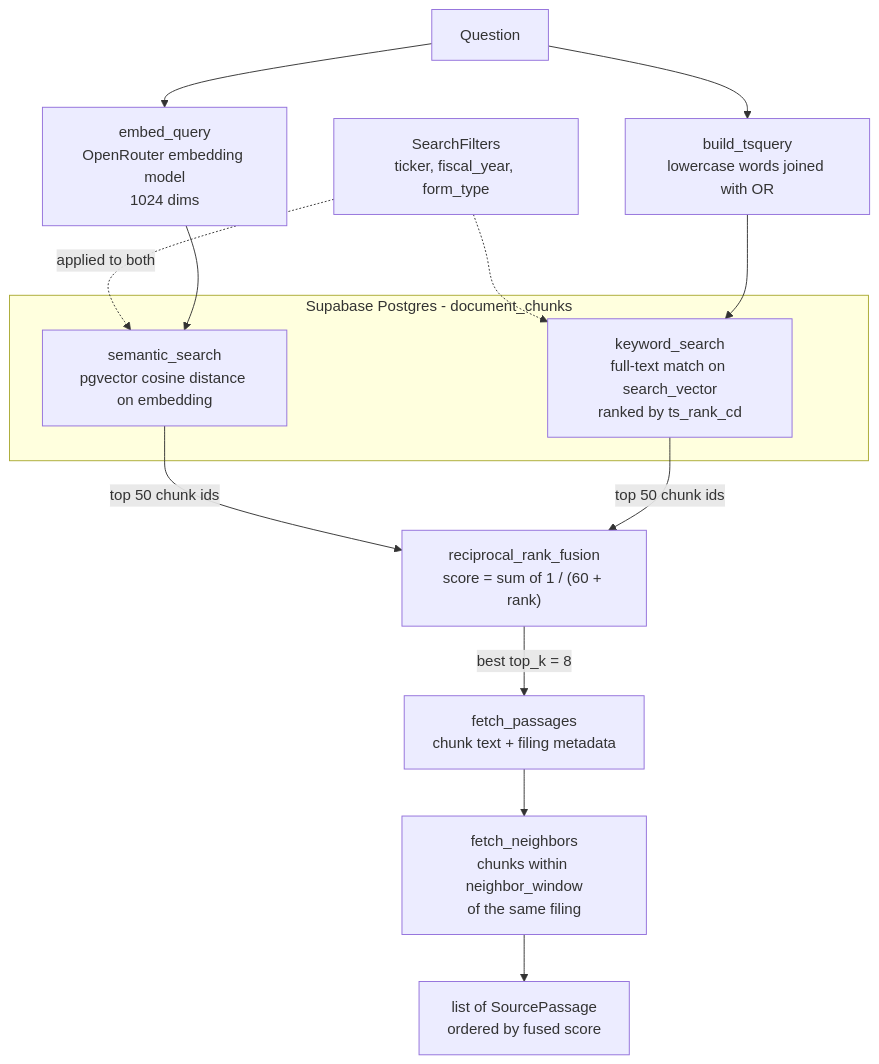
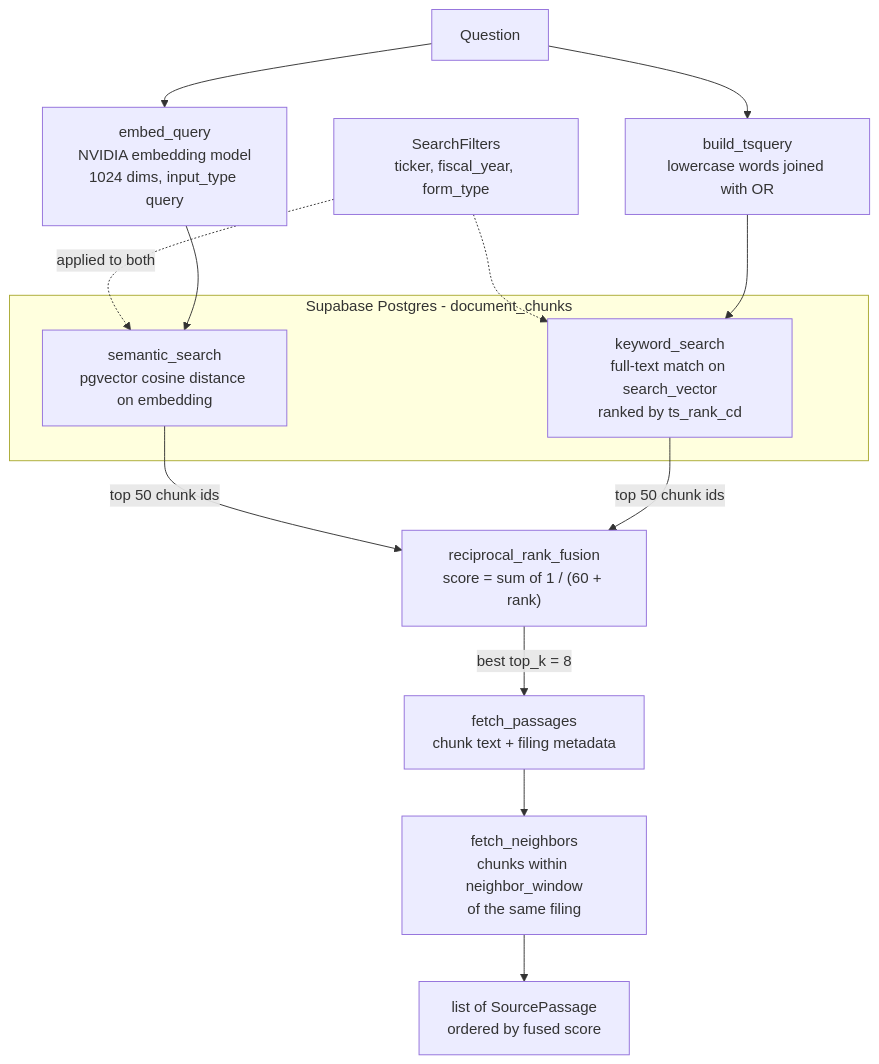
One commit to indiragothi/doc-copilot changed the diagram in backend/app/retrieval/README.md. Above: the diagram before and after it, drawn with Mermaid. The commit also changed other lines of this file and 20 other files, not shown here.

````diff
--- a/backend/app/retrieval/README.md
+++ b/backend/app/retrieval/README.md
@@ -9,21 +9,21 @@
 ```mermaid
 flowchart TD
-    q[Question] --> embed["embed_query<br/>OpenRouter embedding model<br/>1024 dims"]
+    q[Question] --> embed["embed_query<br/>NVIDIA embedding model<br/>1024 dims, input_type query"]
     q --> tsq["build_tsquery<br/>lowercase words joined with OR"]
 
     subgraph db[Supabase Postgres - document_chunks]
         sem["semantic_search<br/>pgvector cosine distance on embedding"]
         kw["keyword_search<br/>full-text match on search_vector<br/>ranked by ts_rank_cd"]
     end
 
     filters["SearchFilters<br/>ticker, fiscal_year, form_type"] -.applied to both.-> sem
     filters -.-> kw
 
     embed --> sem
     tsq --> kw
     sem -->|"top 50 chunk ids"| rrf["reciprocal_rank_fusion<br/>score = sum of 1 / (60 + rank)"]
     kw -->|"top 50 chunk ids"| rrf
     rrf -->|"best top_k = 8"| fetch["fetch_passages<br/>chunk text + filing metadata"]
     fetch --> nb["fetch_neighbors<br/>chunks within neighbor_window<br/>of the same filing"]
     nb --> out["list of SourcePassage<br/>ordered by fused score"]
 ```
````
